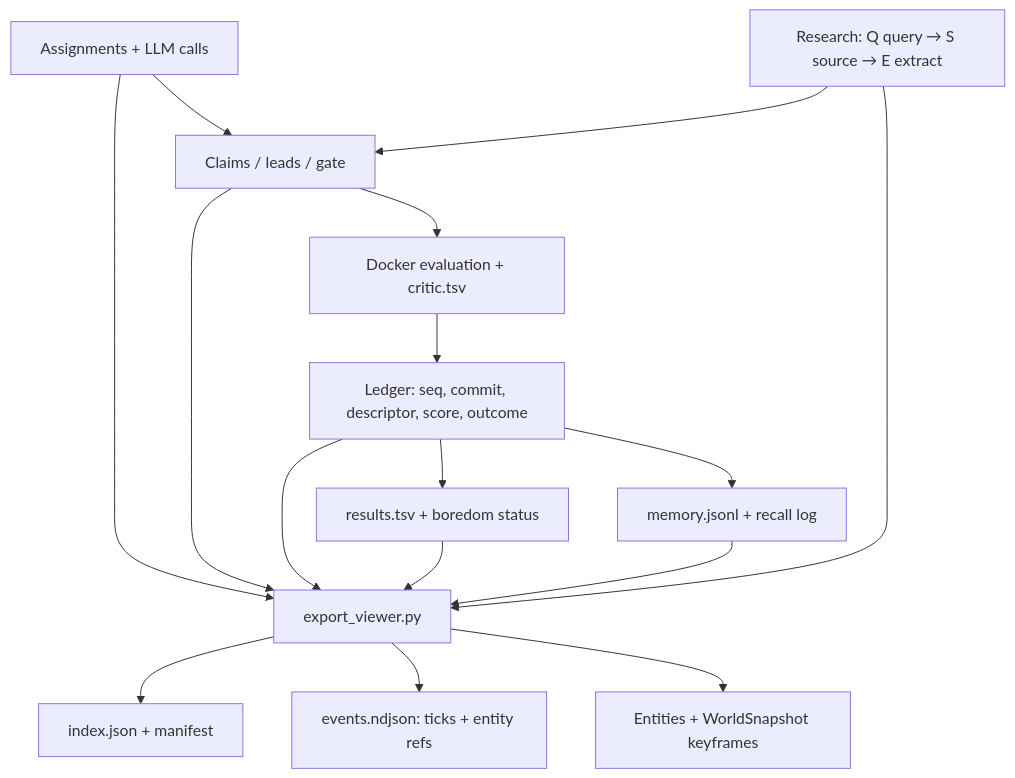
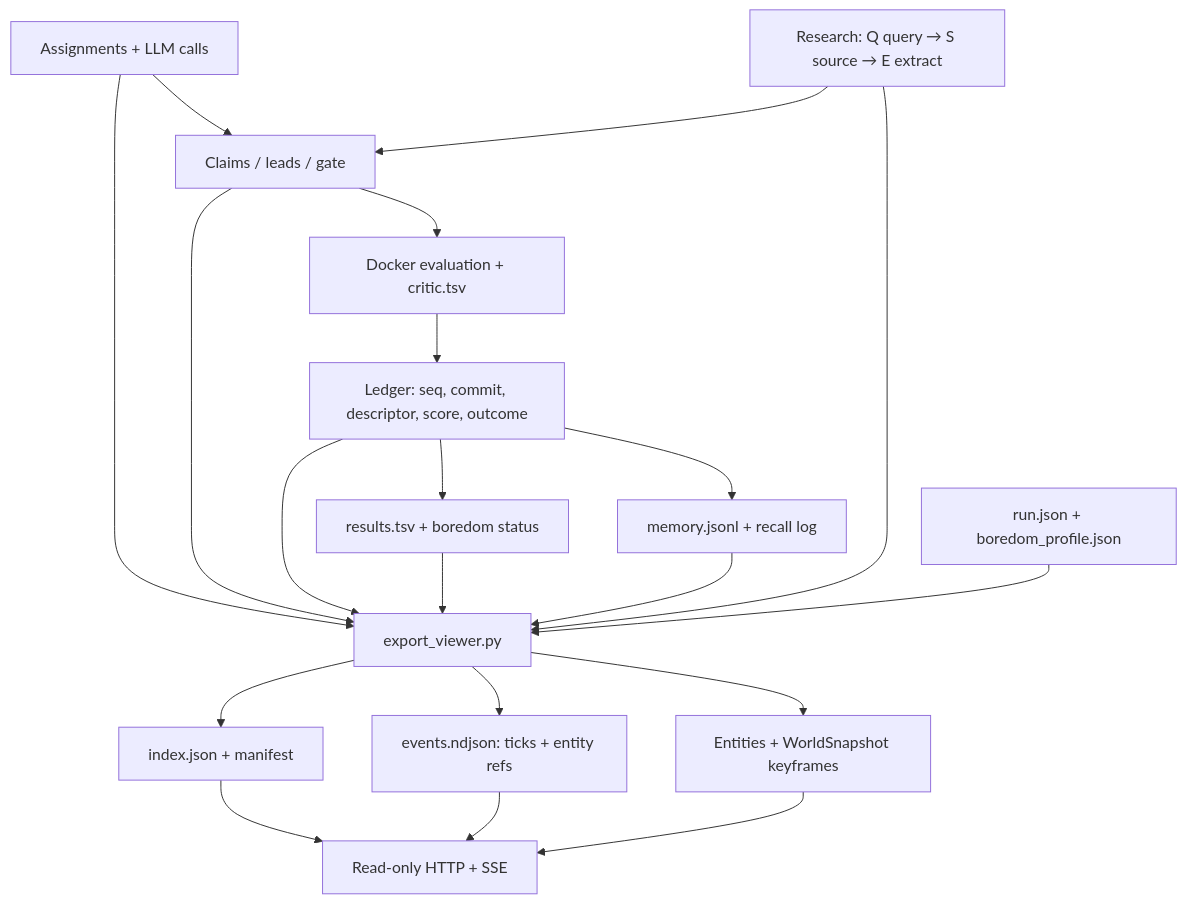
One commit to arii/caffeinated changed the fourth of 4 diagrams in README.md. Above: the diagram before and after it, drawn with Mermaid. The commit also changed other lines of this file and 1 other file, not shown here.

Commit message:
docs: document merged viewer publishing and read-only API

````diff
--- a/README.md
+++ b/README.md
@@ -445,18 +461,22 @@
 ```mermaid
 flowchart TD
   A[Assignments + LLM calls] --> B[Claims / leads / gate]
   B --> C[Docker evaluation + critic.tsv]
   C --> D[Ledger: seq, commit, descriptor, score, outcome]
   D --> E[results.tsv + boredom status]
   D --> F[memory.jsonl + recall log]
   G[Research: Q query → S source → E extract] --> B
   A --> X[export_viewer.py]
   B --> X
   D --> X
   E --> X
   F --> X
   G --> X
+  R[run.json + boredom_profile.json] --> X
   X --> I[index.json + manifest]
   X --> J[events.ndjson: ticks + entity refs]
   X --> K[Entities + WorldSnapshot keyframes]
+  I --> API[Read-only HTTP + SSE]
+  J --> API
+  K --> API
 ```
````
